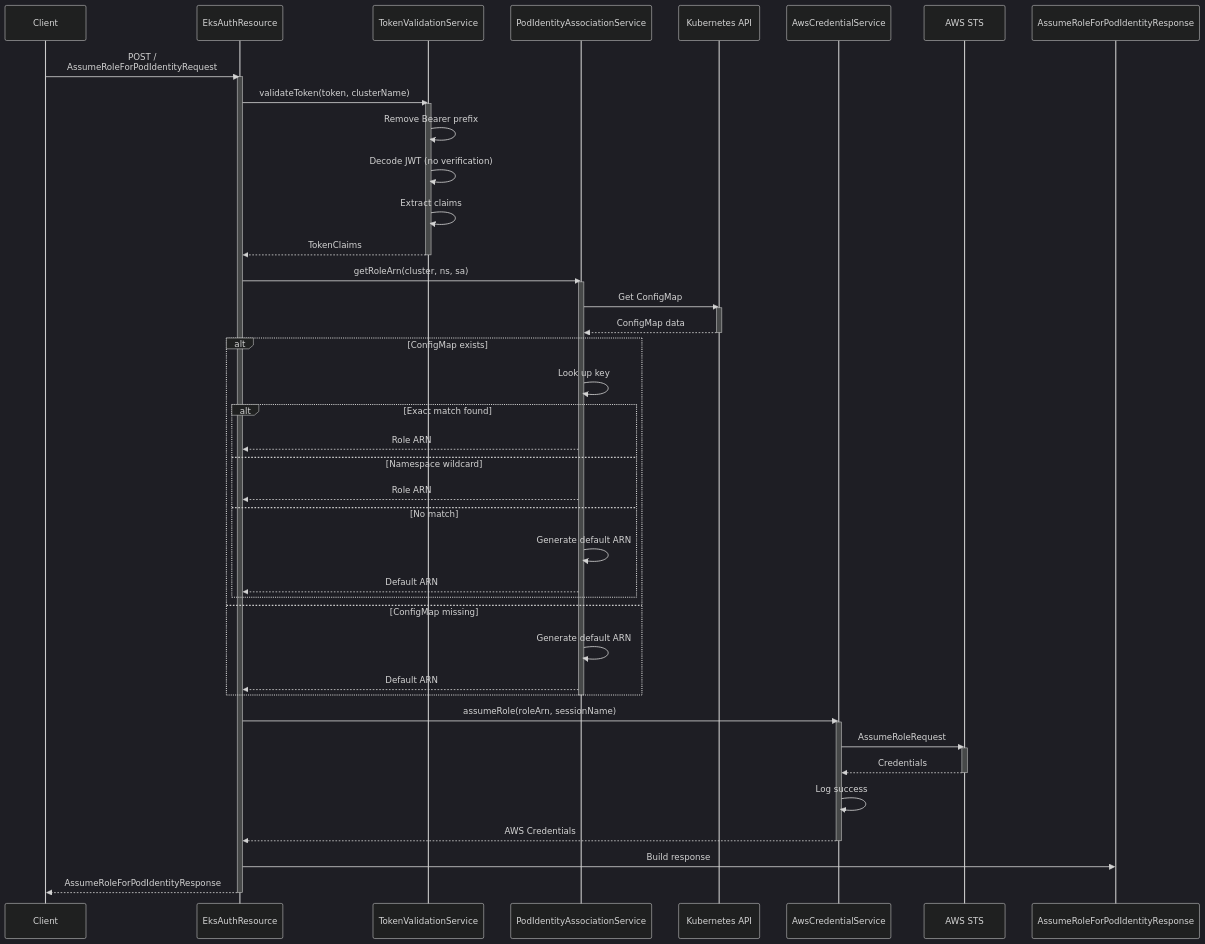
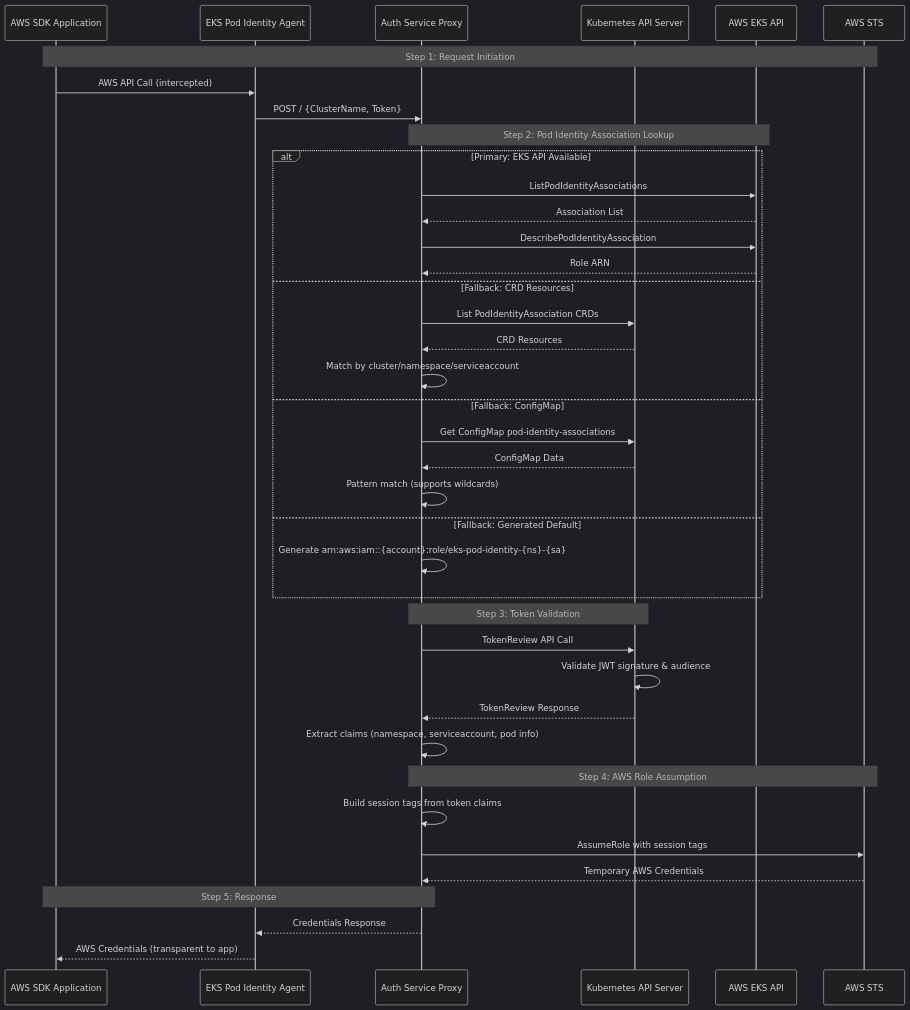
The first of 14 diagrams in .agents/summary/workflows.md (plasticity-of-cloud/express-compute-control-plane), drawn with Mermaid (dark theme) before and after one commit. The commit also changed other lines of this file and 23 other files, not shown here.

````diff
--- a/.agents/summary/workflows.md
+++ b/.agents/summary/workflows.md
@@ -5,50 +9,46 @@
 ```mermaid
 sequenceDiagram
-    Client->>EksAuthResource: POST /<br/>AssumeRoleForPodIdentityRequest
-    activate EksAuthResource
+    participant App as AWS SDK Application
+    participant Agent as EKS Pod Identity Agent
+    participant Proxy as Auth Service Proxy
+    participant K8s as Kubernetes API Server
+    participant EKS as AWS EKS API
+    participant STS as AWS STS
     
-    EksAuthResource->>TokenValidationService: validateToken(token, clusterName)
-    activate TokenValidationService
-    TokenValidationService->>TokenValidationService: Remove Bearer prefix
-    TokenValidationService->>TokenValidationService: Decode JWT (no verification)
-    TokenValidationService->>TokenValidationService: Extract claims
-    TokenValidationService-->>EksAuthResource: TokenClaims
-    deactivate TokenValidationService
+    Note over App,STS: Step 1: Request Initiation
+    App->>Agent: AWS API Call (intercepted)
+    Agent->>Proxy: POST / {ClusterName, Token}
     
-    EksAuthResource->>PodIdentityAssociationService: getRoleArn(cluster, ns, sa)
-    activate PodIdentityAssociationService
-    PodIdentityAssociationService->>Kubernetes API: Get ConfigMap
-    activate Kubernetes API
-    Kubernetes API-->>PodIdentityAssociationService: ConfigMap data
-    deactivate Kubernetes API
+    Note over Proxy,EKS: Step 2: Pod Identity Association Lookup
+    alt Primary: EKS API Available
+        Proxy->>EKS: ListPodIdentityAssociations
+        EKS-->>Proxy: Association List
+        Proxy->>EKS: DescribePodIdentityAssociation
+        EKS-->>Proxy: Role ARN
+    else Fallback: CRD Resources
+        Proxy->>K8s: List PodIdentityAssociation CRDs
+        K8s-->>Proxy: CRD Resources
+        Proxy->>Proxy: Match by cluster/namespace/serviceaccount
+    else Fallback: ConfigMap
+        Proxy->>K8s: Get ConfigMap pod-identity-associations
+        K8s-->>Proxy: ConfigMap Data
+        Proxy->>Proxy: Pattern match (supports wildcards)
+    else Fallback: Generated Default
+        Proxy->>Proxy: Generate arn:aws:iam::{account}:role/eks-pod-identity-{ns}-{sa}
+    end
     
-    alt ConfigMap exists
-        PodIdentityAssociationService->>PodIdentityAssociationService: Look up key
-        alt Exact match found
-            PodIdentityAssociationService-->>EksAuthResource: Role ARN
-        else Namespace wildcard
-            PodIdentityAssociationService-->>EksAuthResource: Role ARN
-        else No match
-            PodIdentityAssociationService->>PodIdentityAssociationService: Generate default ARN
-            PodIdentityAssociationService-->>EksAuthResource: Default ARN
-        end
-    else ConfigMap missing
-        PodIdentityAssociationService->>PodIdentityAssociationService: Generate default ARN
-        PodIdentityAssociationService-->>EksAuthResource: Default ARN
-    end
-    deactivate PodIdentityAssociationService
+    Note over Proxy,K8s: Step 3: Token Validation
+    Proxy->>K8s: TokenReview API Call
+    K8s->>K8s: Validate JWT signature & audience
+    K8s-->>Proxy: TokenReview Response
+    Proxy->>Proxy: Extract claims (namespace, serviceaccount, pod info)
     
-    EksAuthResource->>AwsCredentialService: assumeRole(roleArn, sessionName)
-    activate AwsCredentialService
-    AwsCredentialService->>AWS STS: AssumeRoleRequest
-    activate AWS STS
-    AWS STS-->>AwsCredentialService: Credentials
-    deactivate AWS STS
-    AwsCredentialService->>AwsCredentialService: Log success
-    AwsCredentialService-->>EksAuthResource: AWS Credentials
-    deactivate AwsCredentialService
+    Note over Proxy,STS: Step 4: AWS Role Assumption
+    Proxy->>Proxy: Build session tags from token claims
+    Proxy->>STS: AssumeRole with session tags
+    STS-->>Proxy: Temporary AWS Credentials
     
-    EksAuthResource->>AssumeRoleForPodIdentityResponse: Build response
-    EksAuthResource-->>Client: AssumeRoleForPodIdentityResponse
-    deactivate EksAuthResource
+    Note over Proxy,App: Step 5: Response
+    Proxy-->>Agent: Credentials Response
+    Agent-->>App: AWS Credentials (transparent to app)
 ```
````
